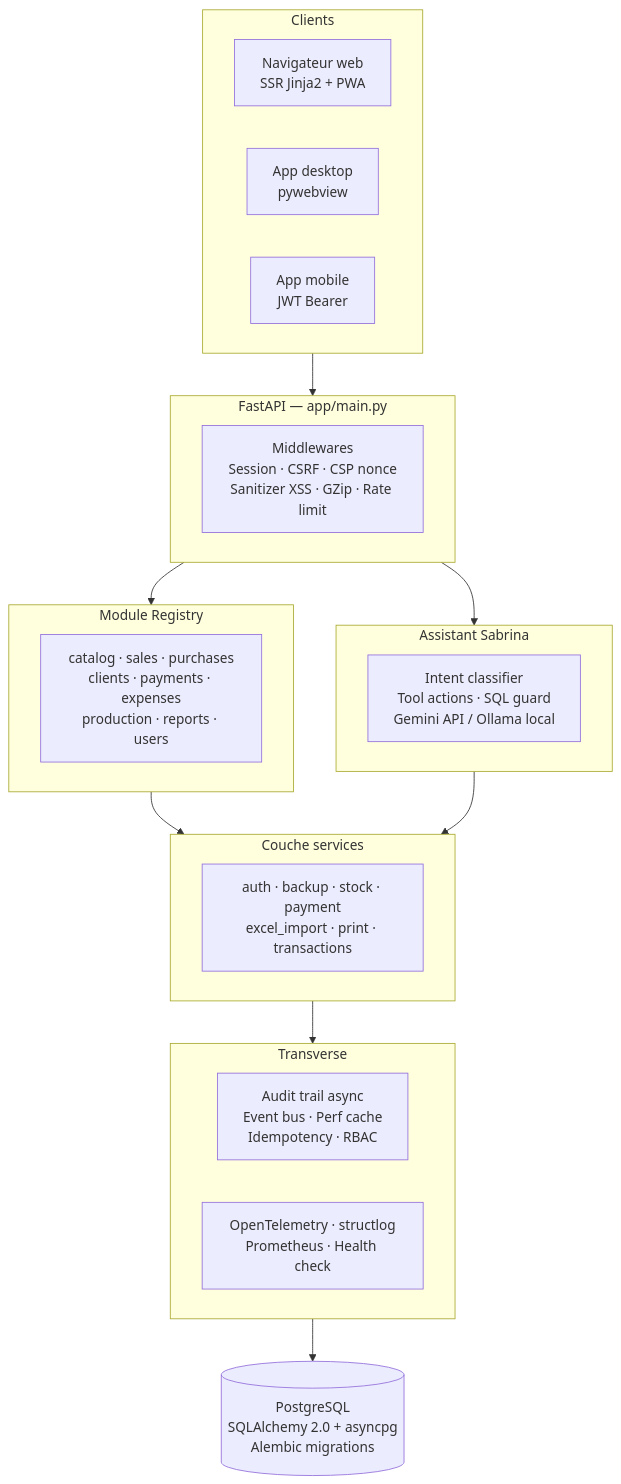
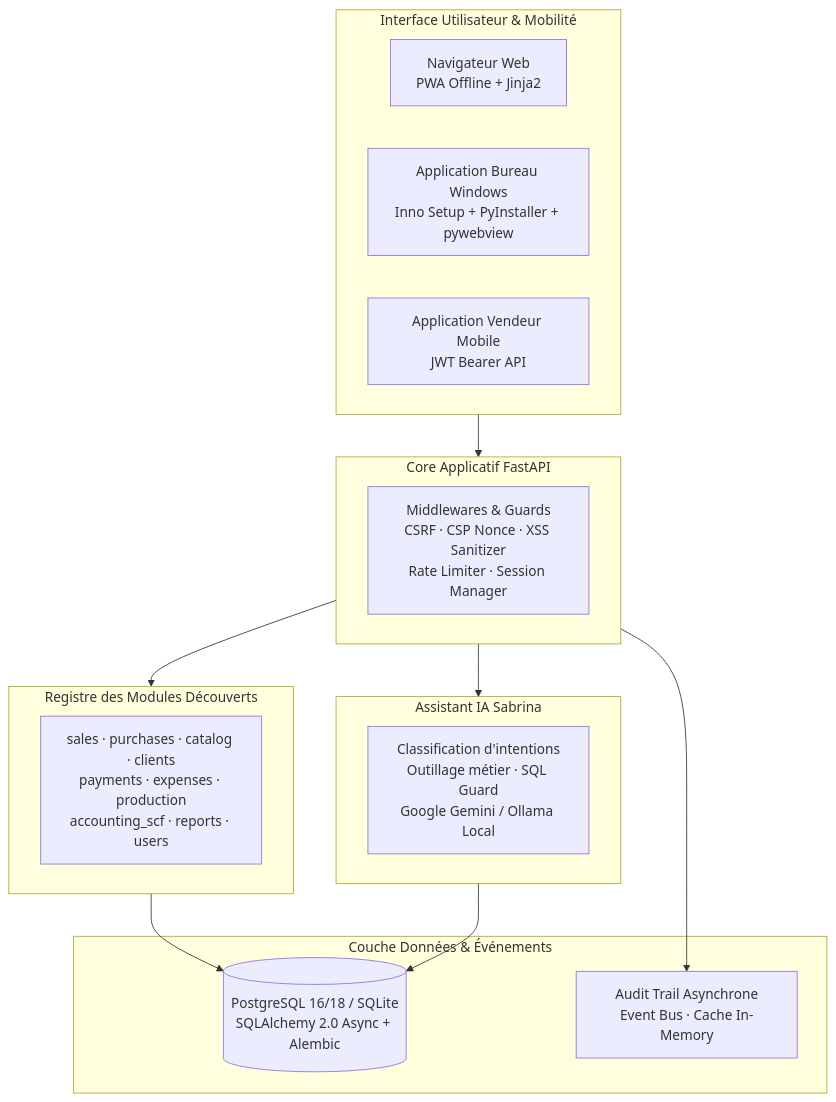
Before and after one commit to ouanesfab-alt/FABouanes: the diagram in README.md, drawn with Mermaid. The commit also changed other lines of this file, not shown here.

Commit message:
docs(readme): mise a jour majeure du README (Inno Setup 6, PostgreSQL 18 embarque, couverture > 90%, comptabilite SCF)

````diff
--- a/README.md
+++ b/README.md
@@ -51,39 +48,32 @@
 ```mermaid
 flowchart TB
-    subgraph Client["Clients"]
-        WEB["Navigateur web<br/>SSR Jinja2 + PWA"]
-        DESKTOP["App desktop<br/>pywebview"]
-        MOBILE["App mobile<br/>JWT Bearer"]
+    subgraph Clients["Interface Utilisateur & Mobilité"]
+        WEB["Navigateur Web<br/>PWA Offline + Jinja2"]
+        DESKTOP["Application Bureau Windows<br/>Inno Setup + PyInstaller + pywebview"]
+        MOBILE["Application Vendeur Mobile<br/>JWT Bearer API"]
     end
 
-    subgraph Core["FastAPI — app/main.py"]
-        MW["Middlewares<br/>Session · CSRF · CSP nonce<br/>Sanitizer XSS · GZip · Rate limit"]
+    subgraph Core["Core Applicatif FastAPI"]
+        MW["Middlewares & Guards<br/>CSRF · CSP Nonce · XSS Sanitizer<br/>Rate Limiter · Session Manager"]
     end
 
-    subgraph Registry["Module Registry"]
-        MODULES["catalog · sales · purchases<br/>clients · payments · expenses<br/>production · reports · users"]
+    subgraph Registry["Registre des Modules Découverts"]
+        MODULES["sales · purchases · catalog · clients<br/>payments · expenses · production<br/>accounting_scf · reports · users"]
     end
 
-    subgraph Assistant["Assistant Sabrina"]
-        AI["Intent classifier<br/>Tool actions · SQL guard<br/>Gemini API / Ollama local"]
+    subgraph Sabrina["Assistant IA Sabrina"]
+        AI["Classification d'intentions<br/>Outillage métier · SQL Guard<br/>Google Gemini / Ollama Local"]
     end
 
-    subgraph Services["Couche services"]
-        SVC["auth · backup · stock · payment<br/>excel_import · print · transactions"]
+    subgraph Persistence["Couche Données & Événements"]
+        DB[("PostgreSQL 16/18 / SQLite<br/>SQLAlchemy 2.0 Async + Alembic")]
+        AUDIT["Audit Trail Asynchrone<br/>Event Bus · Cache In-Memory"]
     end
 
-    subgraph Cross["Transverse"]
-        AUDIT["Audit trail async<br/>Event bus · Perf cache<br/>Idempotency · RBAC"]
-        OBS["OpenTelemetry · structlog<br/>Prometheus · Health check"]
-    end
-
-    DB[("PostgreSQL<br/>SQLAlchemy 2.0 + asyncpg<br/>Alembic migrations")]
-
-    Client --> Core
+    Clients --> Core
     Core --> Registry
-    Core --> Assistant
-    Registry --> Services
-    Assistant --> Services
-    Services --> Cross
-    Cross --> DB
+    Core --> Sabrina
+    Registry --> DB
+    Sabrina --> DB
+    Core --> AUDIT
 ```
````
